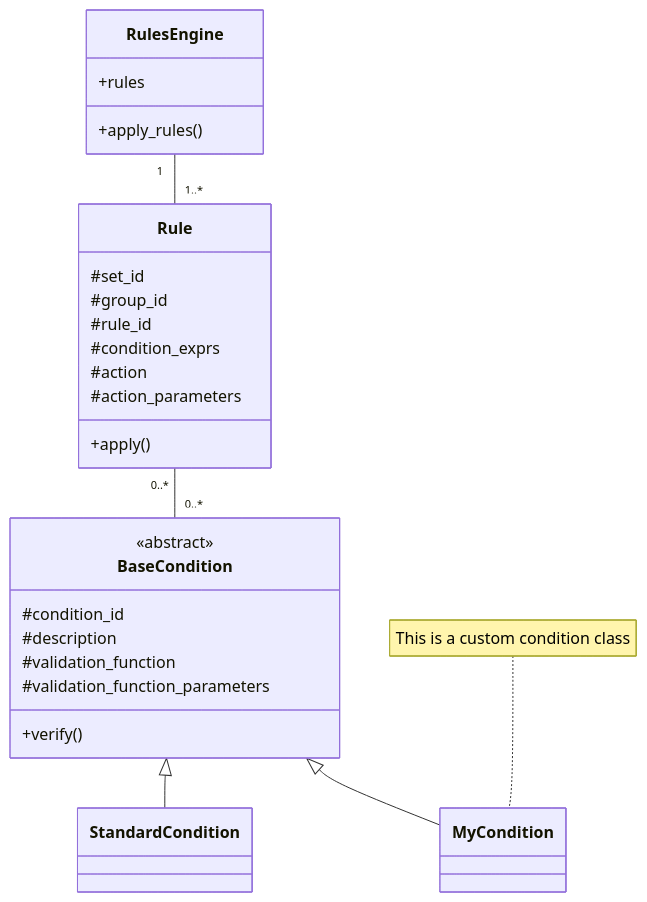
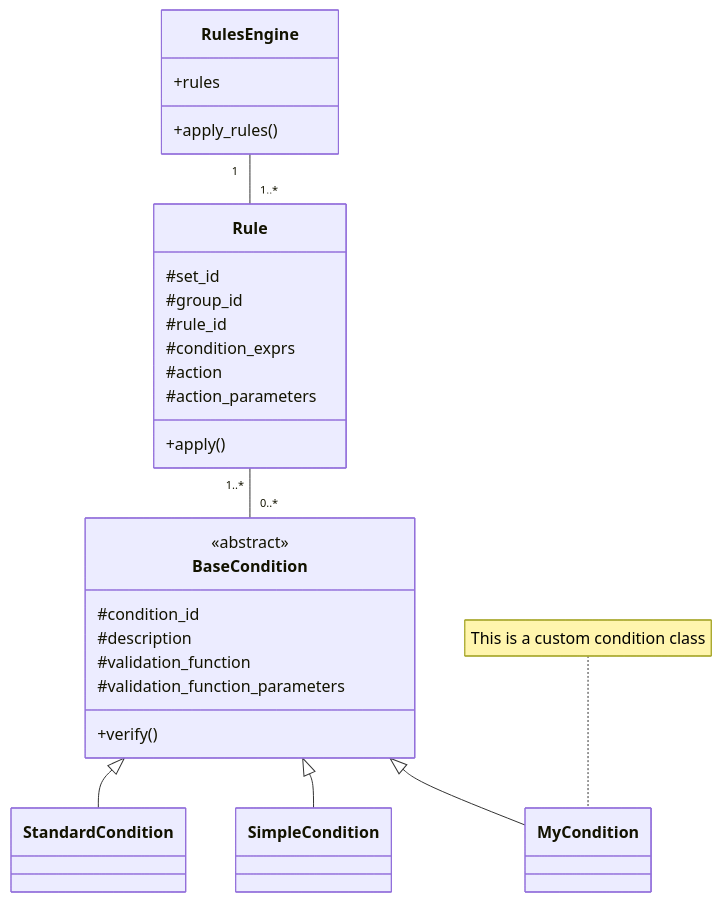
The diagram in docs/pages/special_conditions.md (MAIF/arta), drawn with Mermaid before and after one commit. The commit also changed other lines of this file and 49 other files, not shown here.

````diff
--- a/docs/pages/special_conditions.md
+++ b/docs/pages/special_conditions.md
@@ -223,29 +125,30 @@
 ```mermaid
 classDiagram
     note for MyCondition "This is a custom condition class"
     RulesEngine "1" -- "1..*" Rule
-    Rule "0..*" -- "0..*" BaseCondition
+    Rule "1..*" -- "0..*" BaseCondition
     BaseCondition <|-- StandardCondition
+    BaseCondition <|-- SimpleCondition
     BaseCondition <|-- MyCondition
     class RulesEngine{
         +rules
         +apply_rules()
     }
     class Rule {
         #set_id
         #group_id
         #rule_id
         #condition_exprs
         #action
         #action_parameters
         +apply()
     }
     class BaseCondition {
         <<abstract>>
         #condition_id
         #description
         #validation_function
         #validation_function_parameters
         +verify()
     }
 ```
````
